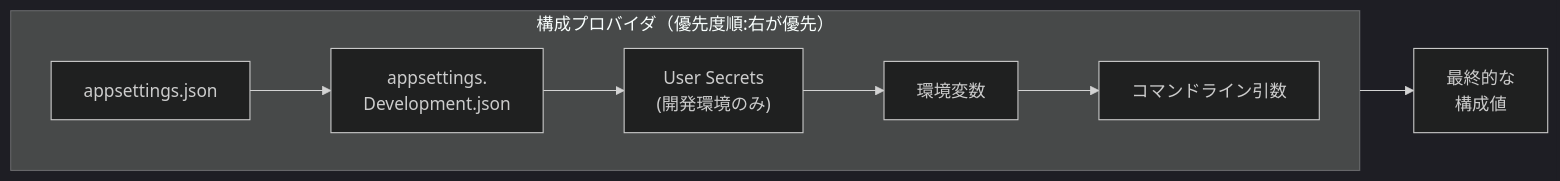
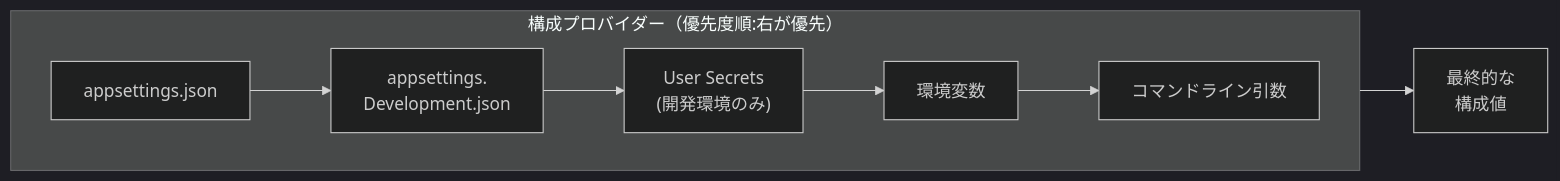
One commit to yoichiozaki/yoichiozaki.github.io changed diagram 15 of 20 in content/blog/ja/aspnet-core-architecture.mdx. Above: the diagram before and after it, drawn with Mermaid (dark theme). The commit also changed other lines of this file and 117 other files, not shown here.

````diff
--- a/content/blog/ja/aspnet-core-architecture.mdx
+++ b/content/blog/ja/aspnet-core-architecture.mdx
@@ -639,18 +639,18 @@
 ```mermaid
 graph LR
-    subgraph Providers["構成プロバイダ（優先度順:右が優先）"]
+    subgraph Providers["構成プロバイダー（優先度順:右が優先）"]
         direction LR
         AppSettings["appsettings.json"]
         AppSettingsEnv["appsettings.<br/>Development.json"]
         UserSecrets["User Secrets<br/>(開発環境のみ)"]
         EnvVars["環境変数"]
         CmdLine["コマンドライン引数"]
     end
 
     AppSettings --> AppSettingsEnv
     AppSettingsEnv --> UserSecrets
     UserSecrets --> EnvVars
     EnvVars --> CmdLine
 
     CmdLine --> Final["最終的な<br/>構成値"]
 ```
````
